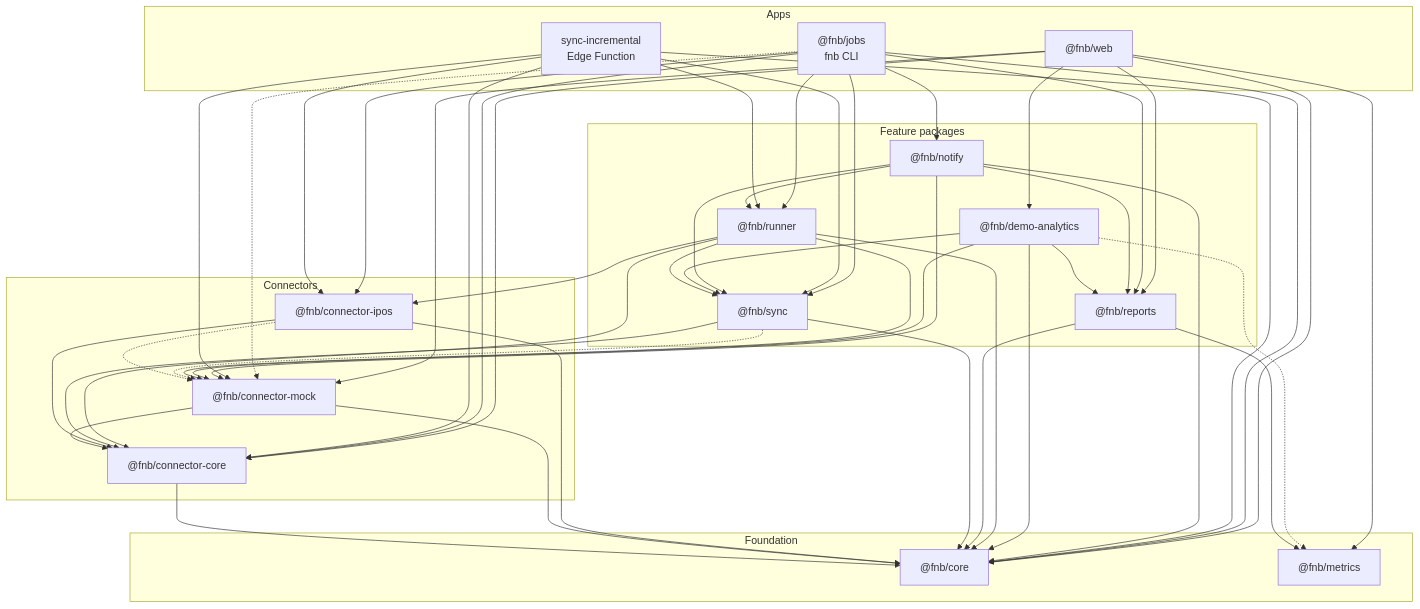
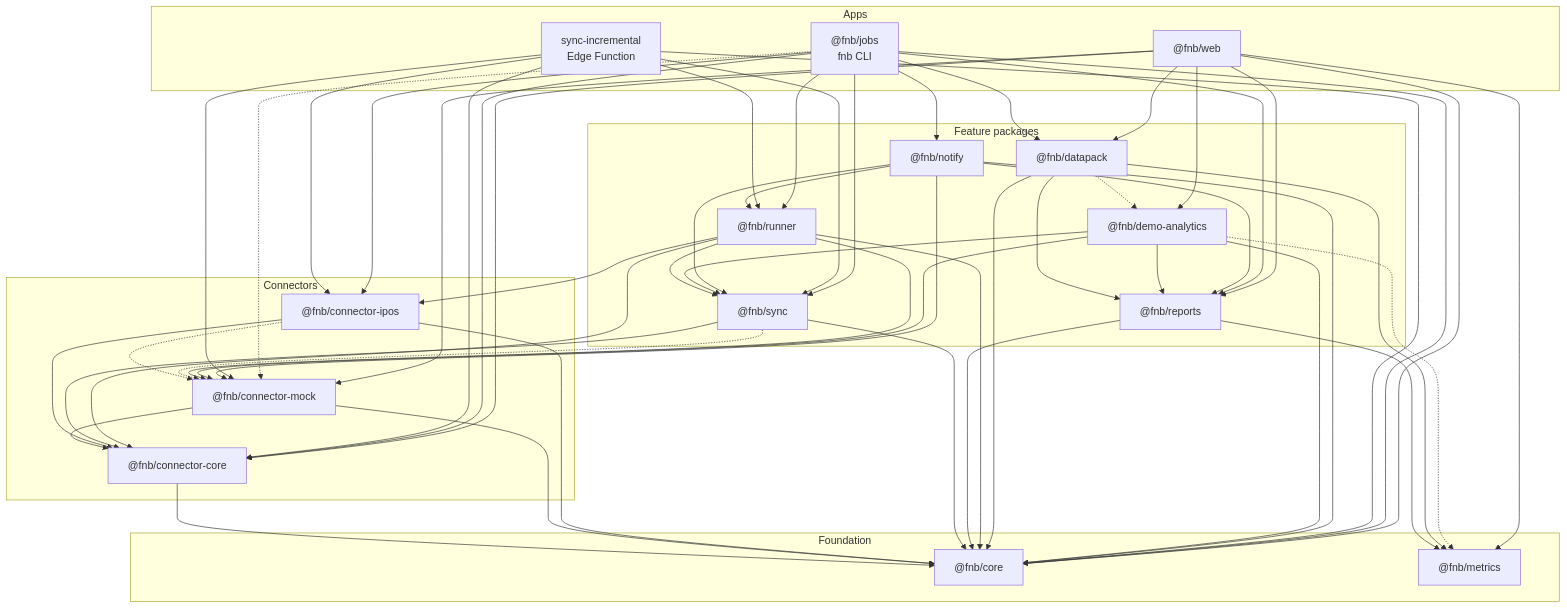
The third of 12 diagrams in docs/architecture.md (qa-io-vn/fnb-manager), drawn with Mermaid before and after one commit. The commit also changed other lines of this file and 9 other files, not shown here.

````diff
--- a/docs/architecture.md
+++ b/docs/architecture.md
@@ -168,71 +168,78 @@
 ```mermaid
 flowchart TB
     subgraph apps["Apps"]
         web["@fnb/web"]
         jobs["@fnb/jobs<br/>fnb CLI"]
         efn["sync-incremental<br/>Edge Function"]
     end
     subgraph features["Feature packages"]
         notify["@fnb/notify"]
         demo["@fnb/demo-analytics"]
+        datapack["@fnb/datapack"]
         runner["@fnb/runner"]
         sync["@fnb/sync"]
         reports["@fnb/reports"]
     end
     subgraph connectors["Connectors"]
         ipos["@fnb/connector-ipos"]
         mock["@fnb/connector-mock"]
         ccore["@fnb/connector-core"]
     end
     subgraph foundation["Foundation"]
         core["@fnb/core"]
         metrics["@fnb/metrics"]
     end
 
     web --> ccore
     web --> mock
     web --> core
     web --> demo
+    web --> datapack
     web --> metrics
     web --> reports
     jobs --> ccore
     jobs --> ipos
     jobs --> core
+    jobs --> datapack
     jobs --> notify
     jobs --> reports
     jobs --> runner
     jobs --> sync
     jobs -.-> mock
     efn --> runner
     efn --> sync
     efn --> ccore
     efn --> ipos
     efn --> mock
     efn --> core
     notify --> mock
     notify --> core
     notify --> reports
     notify --> runner
     notify --> sync
     demo --> mock
     demo --> core
     demo --> reports
     demo --> sync
     demo -.-> metrics
+    datapack --> core
+    datapack --> metrics
+    datapack --> reports
+    datapack -.-> demo
     runner --> ccore
     runner --> ipos
     runner --> mock
     runner --> core
     runner --> sync
     reports --> core
     reports --> metrics
     sync --> ccore
     sync --> core
     sync -.-> mock
     ipos --> ccore
     ipos --> core
     ipos -.-> mock
     mock --> ccore
     mock --> core
     ccore --> core
 ```
````
